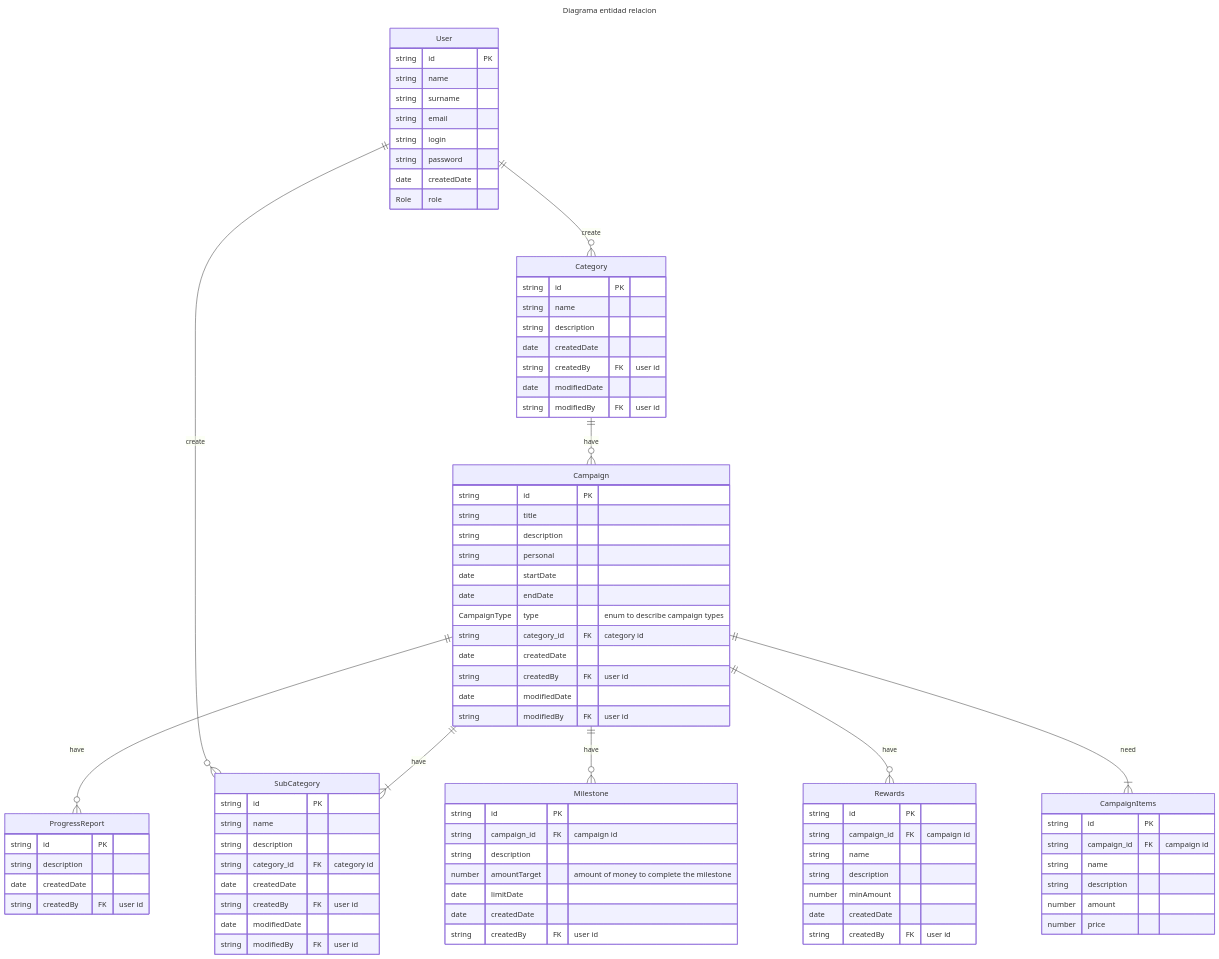
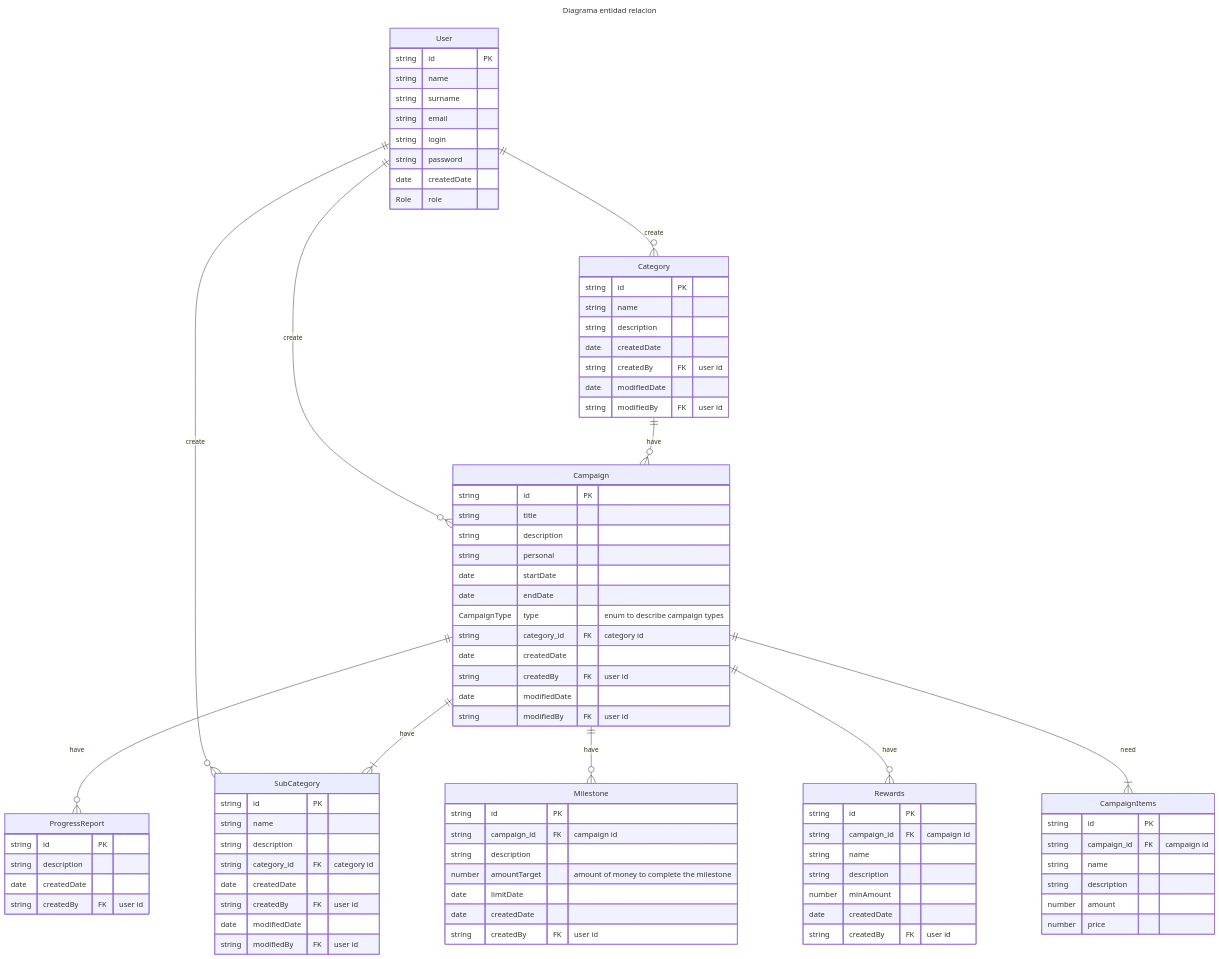
One commit to francoo27/give changed the diagram in documentation/DER.md. Above: the diagram before and after it, drawn with Mermaid.

```diff
--- a/documentation/DER.md
+++ b/documentation/DER.md
@@ -5,6 +5,7 @@
 erDiagram
     User ||--o{ Category : create
     User ||--o{ SubCategory : create
+    User ||--o{ Campaign : create
     User {
         string id PK
         string name
```
